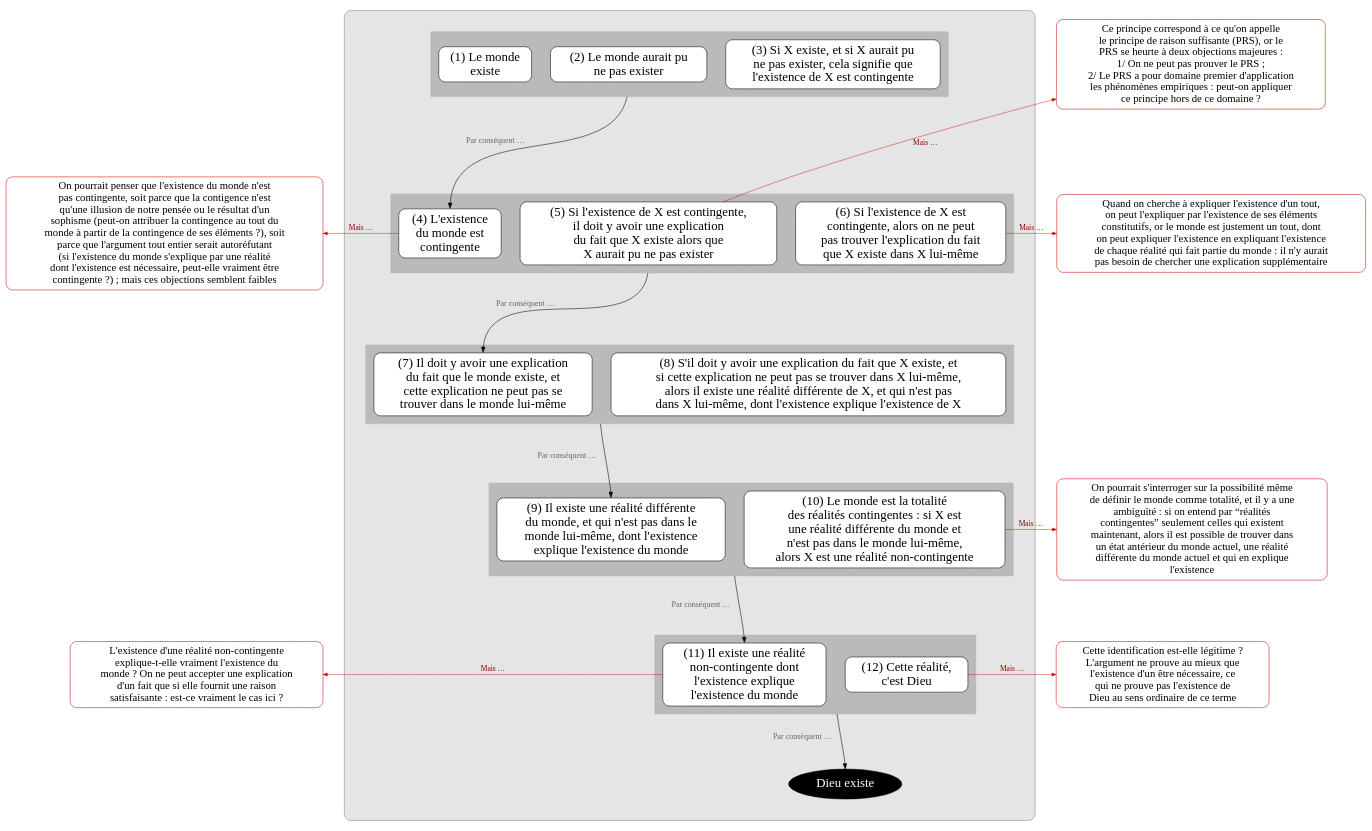
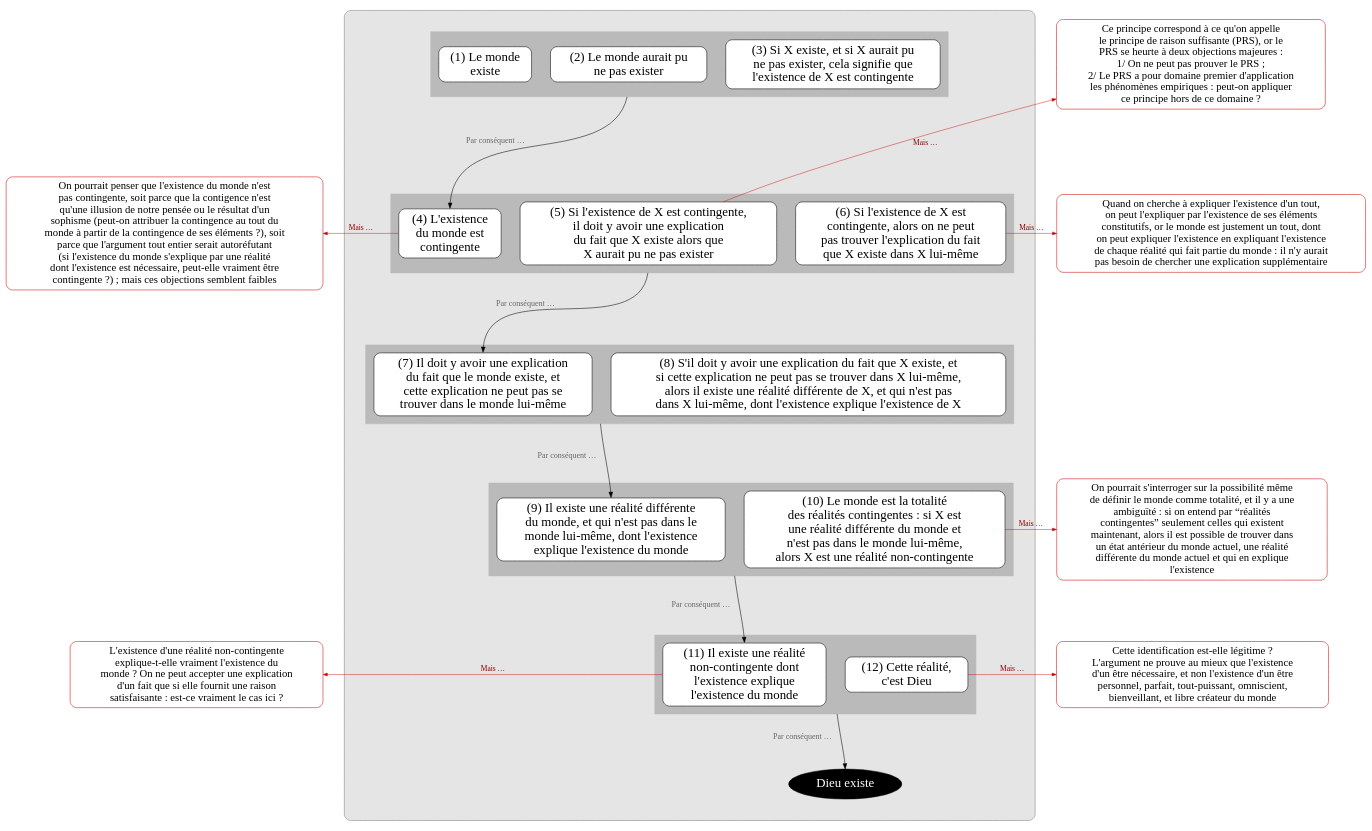
One commit to eyssette/graphviz-examples changed the diagram in argument/argument-cosmologique1.dot. Above: the diagram before and after it, drawn with Graphviz.

```diff
--- a/argument/argument-cosmologique1.dot
+++ b/argument/argument-cosmologique1.dot
@@ -1,188 +1,188 @@
 digraph G {
 splines=true
 newrank=true
 compound=true
 
 
 node[color=red3, style="rounded, filled", shape="box", fillcolor=white, penwidth=1, fontcolor=black, fontsize=20, margin=0.1]
 o1[label="On pourrait penser que l'existence du monde n'est
 pas contingente, soit parce que la contigence n'est
 qu'une illusion de notre pensée ou le résultat d'un
 sophisme (peut-on attribuer la contingence au tout du
 monde à partir de la contingence de ses éléments ?), soit
 parce que l'argument tout entier serait autoréfutant
 (si l'existence du monde s'explique par une réalité
 dont l'existence est nécessaire, peut-elle vraiment être
 contingente ?) ; mais ces objections semblent faibles"]
 
 o11[label="L'existence d'une réalité non-contingente
 explique-t-elle vraiment l'existence du
 monde ? On ne peut accepter une explication
 d'un fait que si elle fournit une raison
 satisfaisante : est-ce vraiment le cas ici ?"]
 
 node[shape=box, fillcolor=white, style="filled,rounded", color=black, fontsize=24, penwidth=1,fontcolor=black, margin=0.1]
 edge[minlen=2,color=red3, penwidth=0.8, arrowsize=0.8, label=" Mais …", fontcolor=red4,fontsize=14]
 {rank=same;o1->p4[dir=back]}
 {rank=same;o11->p11[dir=back]}
 
 
 subgraph cluster_0 {
 bgcolor=grey90
 style=rounded
 color=grey50
 margin=40
 
 
 
 node[shape=box, fillcolor=white, style="filled,rounded", color=black]
 edge[label="",xlabel="Par conséquent … ",fontcolor=grey40;fontsize=15,minlen=3,color=black,penwidth=1, arrowsize=1]
 
 
 
 subgraph cluster_1 {
 style="box"
 margin=15
 bgcolor=grey73
 color=grey73
 
 p1[label="(1) Le monde
 existe"]
 p2[label="(2) Le monde aurait pu
 ne pas exister"]
 p3[label="(3) Si X existe, et si X aurait pu
 ne pas exister, cela signifie que
 l'existence de X est contingente"]
 }
 
 
 {rank=same;p1->p2->p3[style=invis,xlabel="",minlen=1]}
 
 //p2:s->p3:n[ltail=cluster_1]
 //p2:w->p3:n[ltail=cluster_1]
 //p3[label="(3) Lemme 1"]
 
 p2:s->p4:n[ltail=cluster_1]
 
 subgraph cluster_2 {
 style="box"
 margin=15
 bgcolor=grey73
 color=grey73
 
 p4[label="(4) L'existence
 du monde est
 contingente"]
 
 p5[label="(5) Si l'existence de X est contingente,
 il doit y avoir une explication
 du fait que X existe alors que
 X aurait pu ne pas exister"]
 
 p6[label="(6) Si l'existence de X est
 contingente, alors on ne peut
 pas trouver l'explication du fait
 que X existe dans X lui-même"]
 }
 {rank=same;p4->p5->p6[style=invis,xlabel="",minlen=1]}
 
 p5:s->p7:n[ltail=cluster_2]
 
 
 subgraph cluster_3 {
 style="box"
 margin=15
 bgcolor=grey73
 color=grey73
 p7[label="(7) Il doit y avoir une explication
 du fait que le monde existe, et
 cette explication ne peut pas se
 trouver dans le monde lui-même"]
 
 p8[label="(8) S'il doit y avoir une explication du fait que X existe, et
 si cette explication ne peut pas se trouver dans X lui-même,
 alors il existe une réalité différente de X, et qui n'est pas
 dans X lui-même, dont l'existence explique l'existence de X"]
 }
 {rank=same;p7->p8[style=invis,xlabel="",minlen=1]}
 
 p8:w->p9:n[ltail=cluster_3]
 
 
 subgraph cluster_4 {
 style="box"
 margin=15
 bgcolor=grey73
 color=grey73
 p9[label="(9) Il existe une réalité différente
 du monde, et qui n'est pas dans le
 monde lui-même, dont l'existence
 explique l'existence du monde"]
 p10[label="(10) Le monde est la totalité
 des réalités contingentes : si X est
 une réalité différente du monde et
 n'est pas dans le monde lui-même,
 alors X est une réalité non-contingente"]
 }
 {rank=same;p9->p10[style=invis,xlabel="",minlen=1]}
 
 p10:w->p11:n[ltail=cluster_4]
 
 subgraph cluster_5 {
 style="box"
 margin=15
 bgcolor=grey73
 color=grey73
 p11[label="(11) Il existe une réalité
 non-contingente dont
 l'existence explique
 l'existence du monde"]
 p12[label="(12) Cette réalité,
 c'est Dieu"]
 }
 {rank=same;p11->p12[style=invis,xlabel="",minlen=1]}
 
 p12:w->C:n[ltail=cluster_5]
 
 C[label="Dieu existe",fillcolor=black, fontcolor=white, color=black, shape=ellipse]
 
 
 }
 
 node[color=red3, style="rounded, filled", shape="box", fillcolor=white, penwidth=1, fontcolor=black, fontsize=20, margin=0.1]
 o5[label="Ce principe correspond à ce qu'on appelle
 le principe de raison suffisante (PRS), or le
 PRS se heurte à deux objections majeures : 
 1/ On ne peut pas prouver le PRS ;
 2/ Le PRS a pour domaine premier d'application
 les phénomènes empiriques : peut-on appliquer
 ce principe hors de ce domaine ?"]
 o5->p5[dir=back]
 {rank=same;p3->o5[style=invis]}
 o6[label="Quand on cherche à expliquer l'existence d'un tout,
 on peut l'expliquer par l'existence de ses éléments
 constitutifs, or le monde est justement un tout, dont
 on peut expliquer l'existence en expliquant l'existence
 de chaque réalité qui fait partie du monde : il n'y aurait
 pas besoin de chercher une explication supplémentaire"]
 {rank=same;p6->o6}
 
 o10[label="On pourrait s'interroger sur la possibilité même
 de définir le monde comme totalité, et il y a une
 ambiguïté : si on entend par “réalités
 contingentes” seulement celles qui existent
 maintenant, alors il est possible de trouver dans
 un état antérieur du monde actuel, une réalité
 différente du monde actuel et qui en explique
 l'existence"]
 {rank=same;p10->o10}
 
 o12[label="Cette identification est-elle légitime ?
-L'argument ne prouve au mieux que
-l'existence d'un être nécessaire, ce
-qui ne prouve pas l'existence de
-Dieu au sens ordinaire de ce terme"]
+L'argument ne prouve au mieux que l'existence
+d'un être nécessaire, et non l'existence d'un être
+personnel, parfait, tout-puissant, omniscient, 
+bienveillant, et libre créateur du monde"]
 {rank=same;p12->o12}
 
 
 }
```
